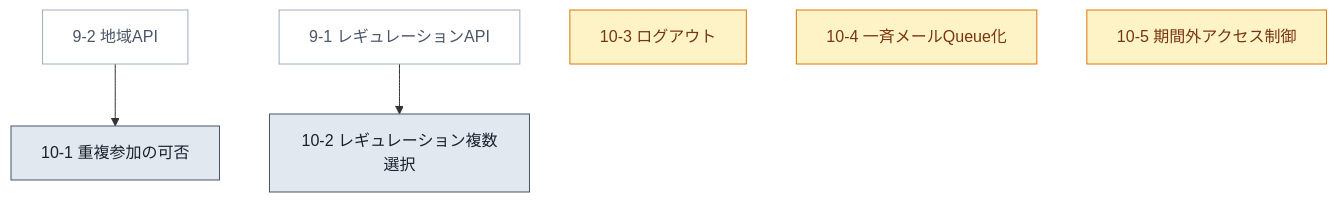
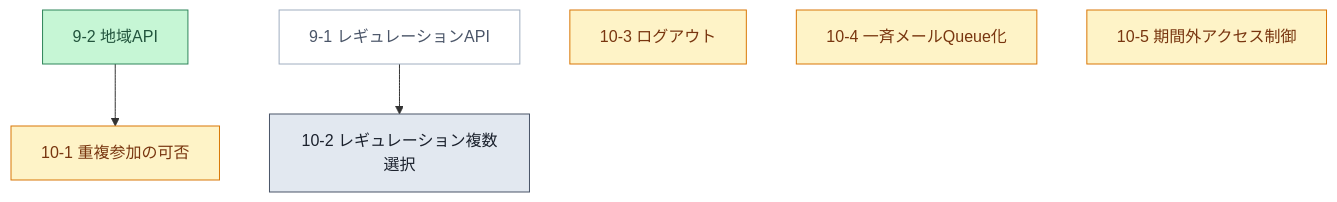
The tenth of 12 diagrams in tasks.md (m-uesaka/regional-quiz-entry-form), drawn with Mermaid before and after one commit. The commit also changed other lines of this file and 7 other files, not shown here.

````diff
--- a/tasks.md
+++ b/tasks.md
@@ -226,12 +227,13 @@
 ```mermaid
 graph TD
-  T92["9-2 地域API"]:::prereq --> T101["10-1 重複参加の可否"]:::todo
+  T92["9-2 地域API"]:::done --> T101["10-1 重複参加の可否"]:::next
   T91["9-1 レギュレーションAPI"]:::prereq --> T102["10-2 レギュレーション複数選択"]:::todo
   T103["10-3 ログアウト"]:::next
   T104["10-4 一斉メールQueue化"]:::next
   T105["10-5 期間外アクセス制御"]:::next
 
+  classDef done fill:#c6f6d5,stroke:#2f855a,color:#22543d;
   classDef todo fill:#e2e8f0,stroke:#4a5568,color:#1a202c;
   classDef next fill:#fef3c7,stroke:#d97706,color:#78350f;
   classDef prereq fill:#ffffff,stroke:#a0aec0,color:#4a5568;
 ```
````
